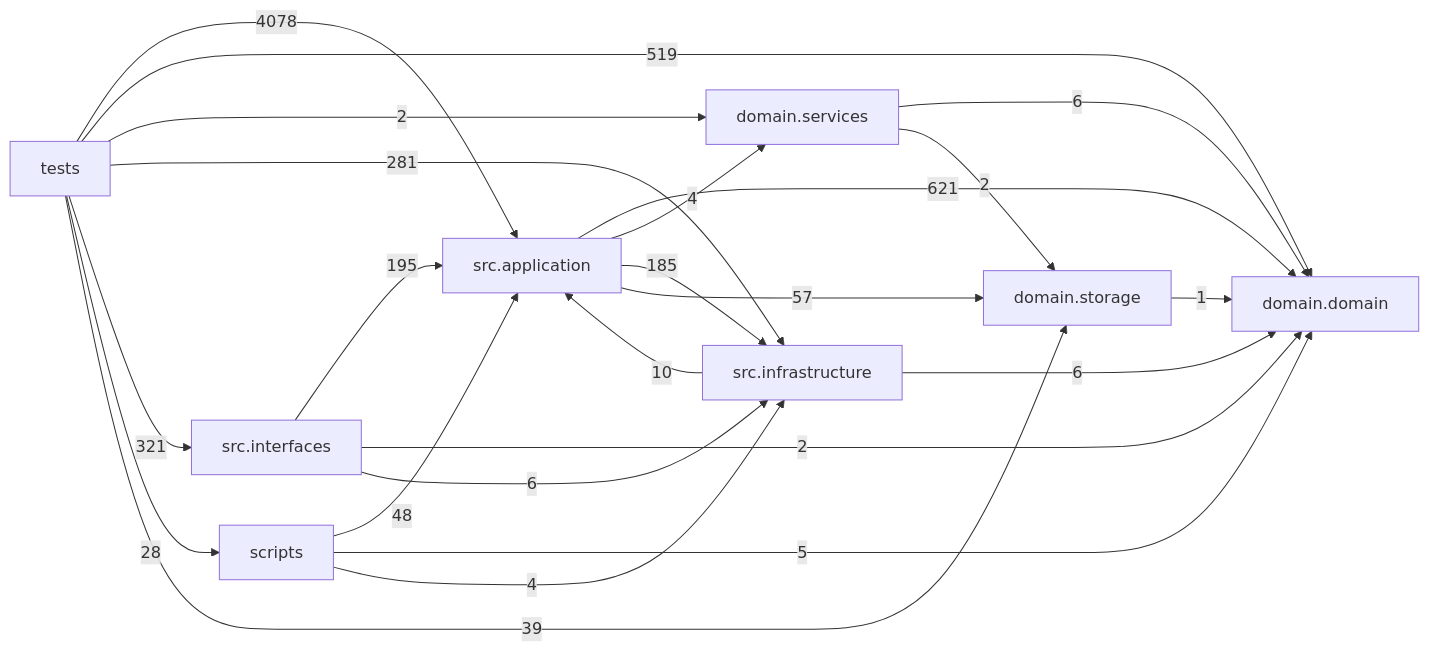
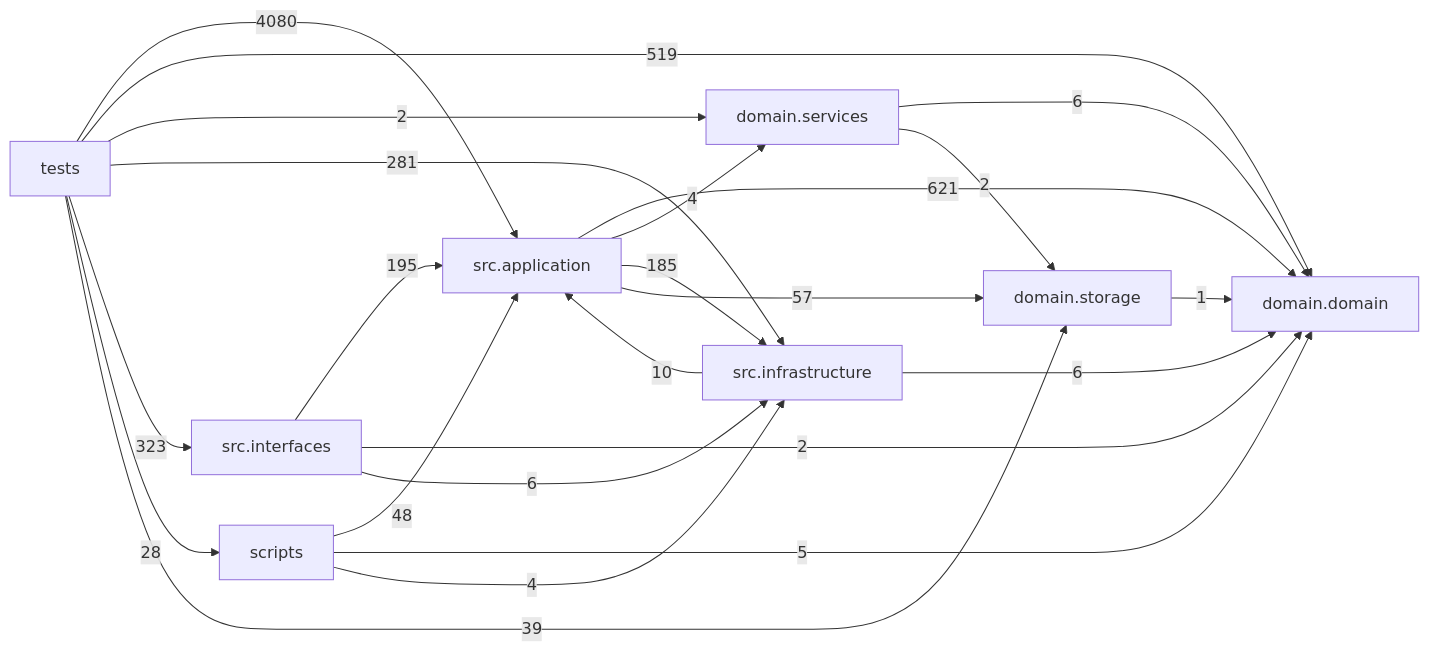
Before and after one commit to liuxie066/options-monitor: the diagram in docs/DEPENDENCY_GRAPH.md, drawn with Mermaid. The commit also changed other lines of this file and 4 other files, not shown here.

````diff
--- a/docs/DEPENDENCY_GRAPH.md
+++ b/docs/DEPENDENCY_GRAPH.md
@@ -24,33 +24,33 @@
 ```mermaid
 flowchart LR
   tests["tests"]
   scripts["scripts"]
   interfaces["src.interfaces"]
   application["src.application"]
   infrastructure["src.infrastructure"]
   domain_services["domain.services"]
   domain["domain.domain"]
   storage["domain.storage"]
   application -->|621| domain
   application -->|4| domain_services
   application -->|185| infrastructure
   application -->|57| storage
   domain_services -->|6| domain
   domain_services -->|2| storage
   infrastructure -->|10| application
   infrastructure -->|6| domain
   interfaces -->|195| application
   interfaces -->|2| domain
   interfaces -->|6| infrastructure
   scripts -->|48| application
   scripts -->|5| domain
   scripts -->|4| infrastructure
   storage -->|1| domain
-  tests -->|4078| application
+  tests -->|4080| application
   tests -->|519| domain
   tests -->|2| domain_services
   tests -->|281| infrastructure
-  tests -->|321| interfaces
+  tests -->|323| interfaces
   tests -->|28| scripts
   tests -->|39| storage
 ```
````
